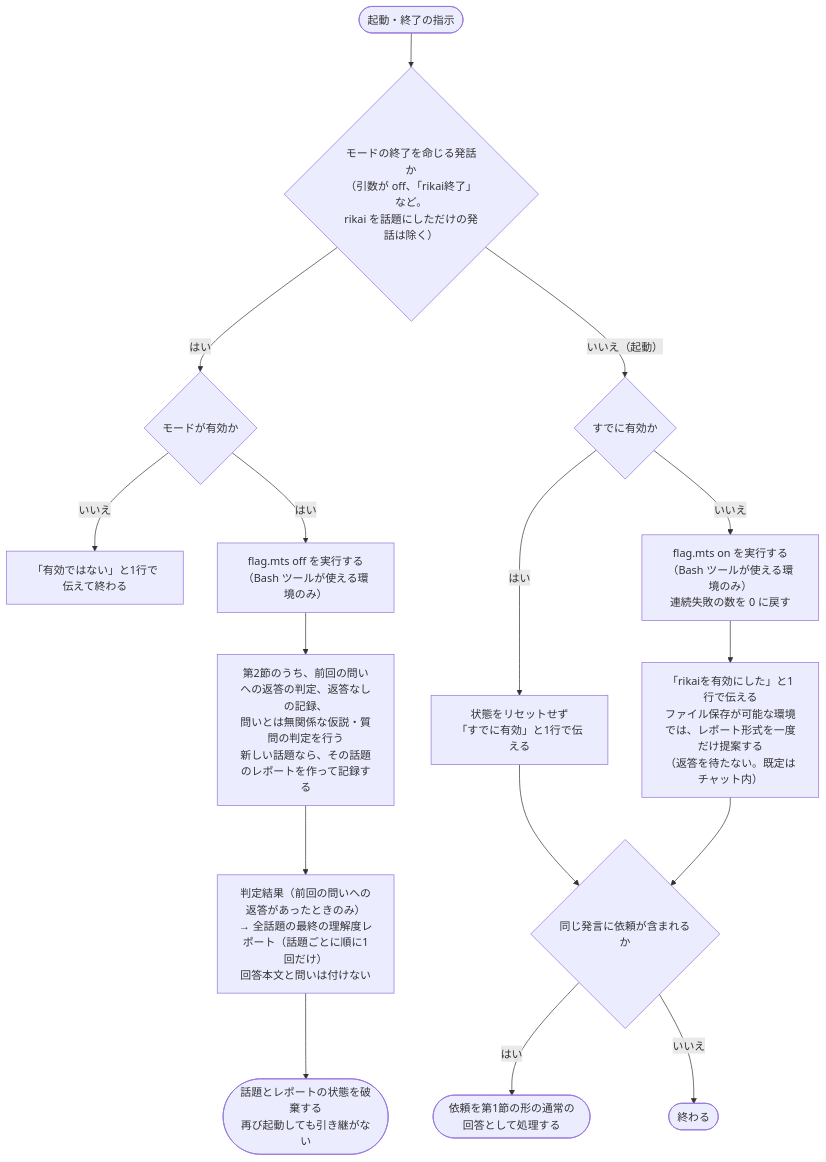
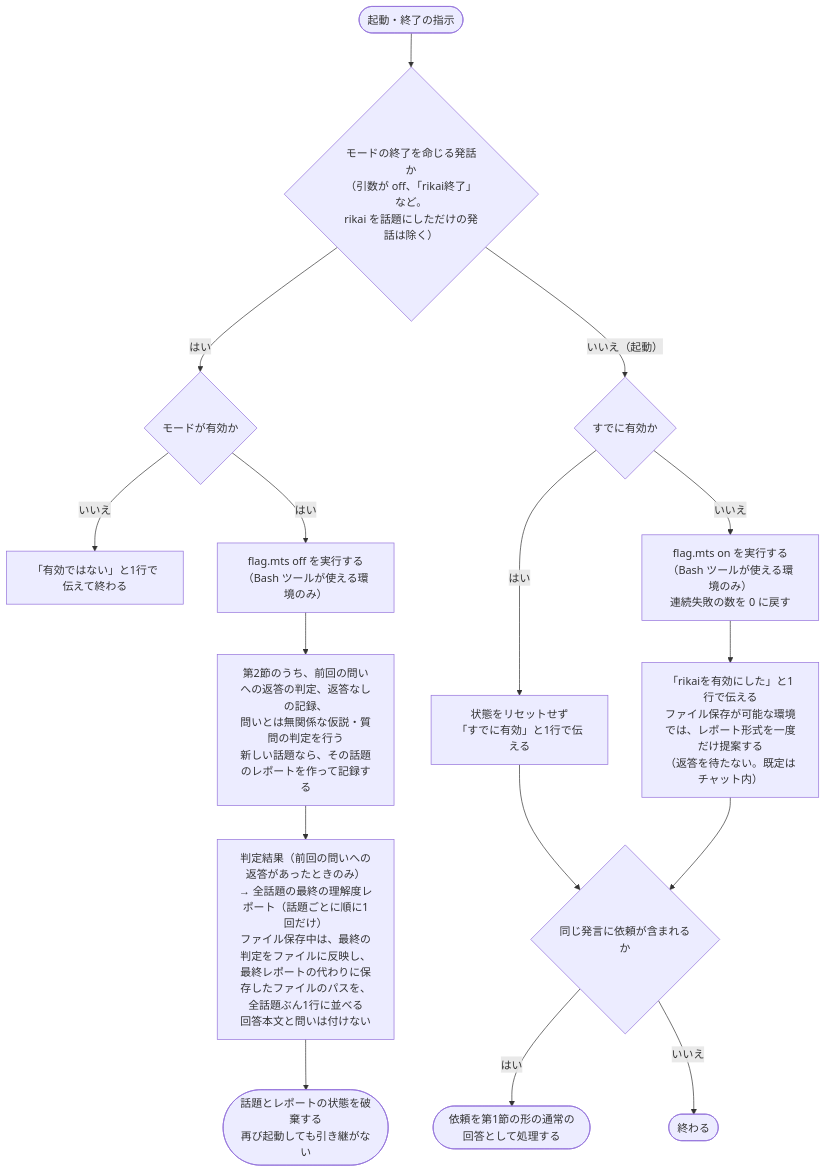
One commit to kokuto821/rikai changed the third of 3 diagrams in skills/rikai/SKILL.md. Above: the diagram before and after it, drawn with Mermaid. The commit also changed other lines of this file, not shown here.

````diff
--- a/skills/rikai/SKILL.md
+++ b/skills/rikai/SKILL.md
@@ -174,19 +185,19 @@
 ```mermaid
 flowchart TD
     Start(["起動・終了の指示"]) --> Kind{"モードの終了を命じる発話か<br/>（引数が off、「rikai終了」など。<br/>rikai を話題にしただけの発話は除く）"}
     Kind -- "はい" --> EndActive{"モードが有効か"}
     EndActive -- "いいえ" --> NotActive["「有効ではない」と1行で伝えて終わる"]
     EndActive -- "はい" --> FlagOff["flag.mts off を実行する<br/>（Bash ツールが使える環境のみ）"]
     FlagOff --> EndJudge["第2節のうち、前回の問いへの返答の判定、返答なしの記録、<br/>問いとは無関係な仮説・質問の判定を行う<br/>新しい話題なら、その話題のレポートを作って記録する"]
-    EndJudge --> EndOut["判定結果（前回の問いへの返答があったときのみ）<br/>→ 全話題の最終の理解度レポート（話題ごとに順に1回だけ）<br/>回答本文と問いは付けない"]
+    EndJudge --> EndOut["判定結果（前回の問いへの返答があったときのみ）<br/>→ 全話題の最終の理解度レポート（話題ごとに順に1回だけ）<br/>ファイル保存中は、最終の判定をファイルに反映し、<br/>最終レポートの代わりに保存したファイルのパスを、全話題ぶん1行に並べる<br/>回答本文と問いは付けない"]
     EndOut --> Discard(["話題とレポートの状態を破棄する<br/>再び起動しても引き継がない"])
     Kind -- "いいえ（起動）" --> StartActive{"すでに有効か"}
     StartActive -- "はい" --> AlreadyOn["状態をリセットせず<br/>「すでに有効」と1行で伝える"]
     StartActive -- "いいえ" --> FlagOn["flag.mts on を実行する（Bash ツールが使える環境のみ）<br/>連続失敗の数を 0 に戻す"]
     FlagOn --> StartMsg["「rikaiを有効にした」と1行で伝える<br/>ファイル保存が可能な環境では、レポート形式を一度だけ提案する<br/>（返答を待たない。既定はチャット内）"]
     AlreadyOn --> HasReq
     StartMsg --> HasReq
     HasReq{"同じ発言に依頼が含まれるか"}
     HasReq -- "はい" --> Answer(["依頼を第1節の形の通常の回答として処理する"])
     HasReq -- "いいえ" --> Done(["終わる"])
 ```
````
